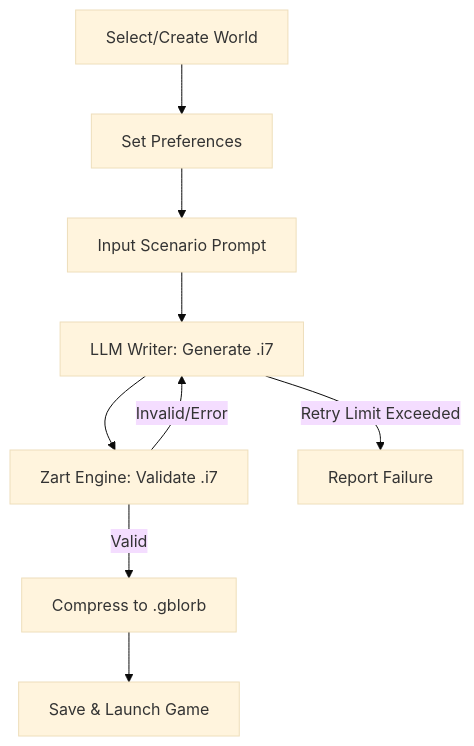
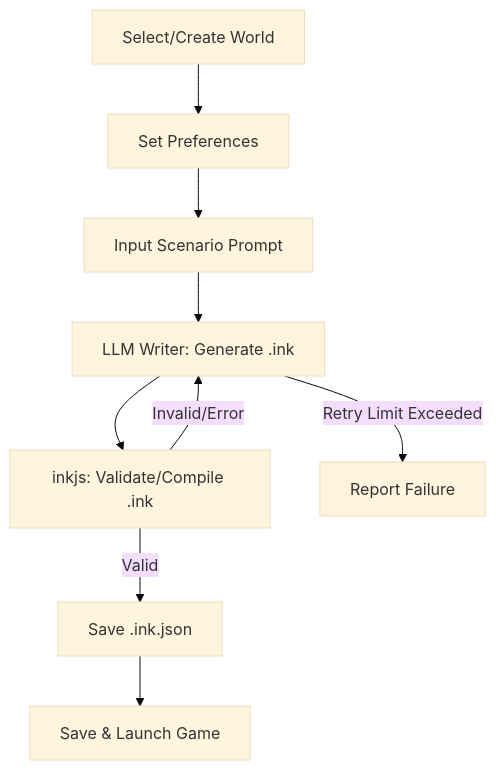
One commit to peterbaileyct/zforge changed the diagram in docs/Data and File Specifications.md. Above: the diagram before and after it, drawn with Mermaid (base theme). The commit also changed other lines of this file and 174 other files, not shown here.

````diff
--- a/docs/Data and File Specifications.md
+++ b/docs/Data and File Specifications.md
@@ -75,11 +16,11 @@
 ```mermaid
 flowchart TD
     A[Select/Create World] --> B[Set Preferences]
     B --> C[Input Scenario Prompt]
-    C --> D[LLM Writer: Generate .i7]
-    D --> E[Zart Engine: Validate .i7]
-    E -- Valid --> F[Compress to .gblorb]
+    C --> D[LLM Writer: Generate .ink]
+    D --> E[inkjs: Validate/Compile .ink]
+    E -- Valid --> F[Save .ink.json]
     F --> G[Save & Launch Game]
     E -- Invalid/Error --> D
     D -- Retry Limit Exceeded --> H[Report Failure]
 ```
````
